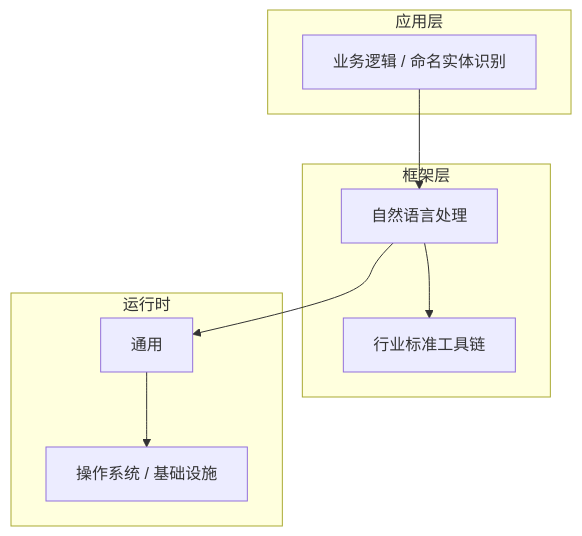
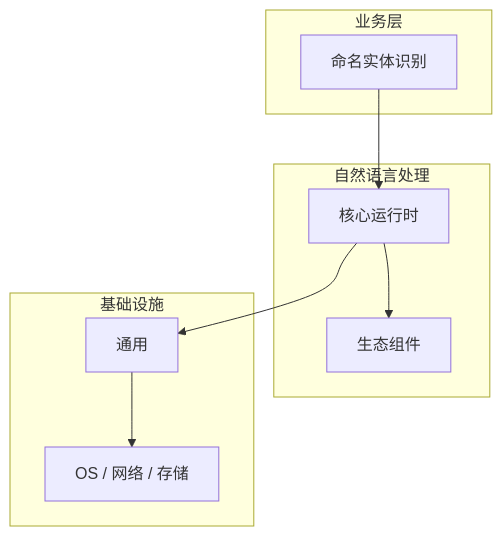
The diagram in articles/自然语言处理/chapters/056-命名实体识别核心概念与原理.md (yanggan2015/knowledge-json-v2), drawn with Mermaid before and after one commit. The commit also changed other lines of this file and 10127 other files, not shown here.

````diff
--- a/articles/自然语言处理/chapters/056-命名实体识别核心概念与原理.md
+++ b/articles/自然语言处理/chapters/056-命名实体识别核心概念与原理.md
@@ -45,18 +30,18 @@
 ```mermaid
 graph TB
-    subgraph 应用层
-        A[业务逻辑 / 命名实体识别]
+    subgraph 业务层
+        A[命名实体识别]
     end
-    subgraph 框架层
-        B[自然语言处理]
-        C[行业标准工具链]
+    subgraph 自然语言处理
+        B[核心运行时]
+        C[生态组件]
     end
-    subgraph 运行时
+    subgraph 基础设施
         D[通用]
-        E[操作系统 / 基础设施]
+        E[OS / 网络 / 存储]
     end
     A --> B
     B --> C
     B --> D
     D --> E
 ```
````
